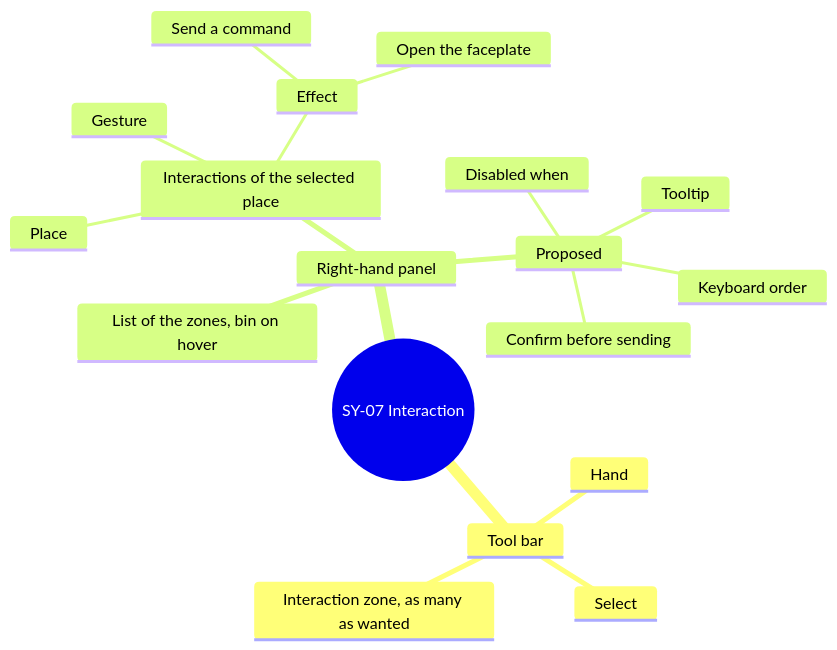
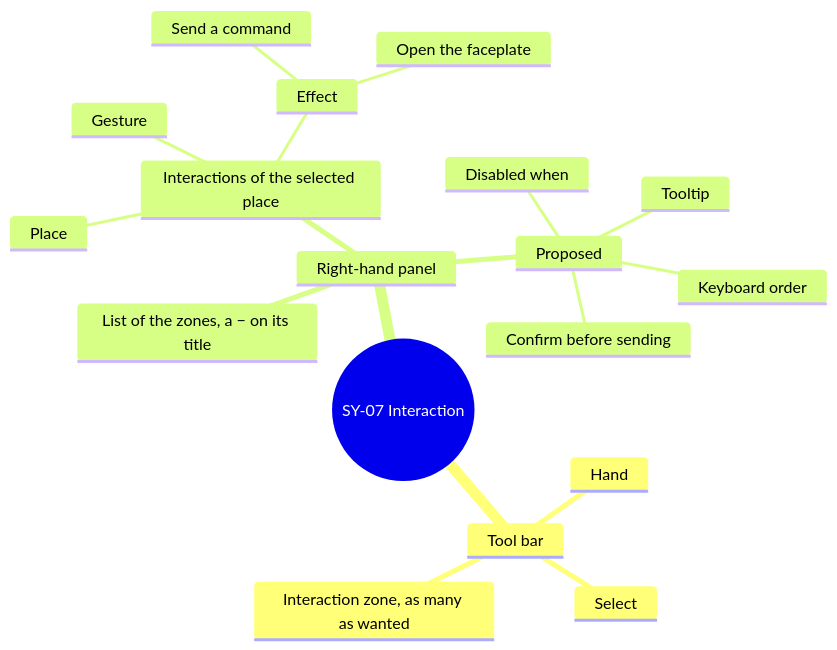
The ninth of 16 diagrams in screens/symbols.md (AlexandreGallais/synoptic-studio-spec), drawn with Mermaid before and after one commit. The commit also changed other lines of this file and 5 other files, not shown here.

````diff
--- a/screens/symbols.md
+++ b/screens/symbols.md
@@ -406,21 +409,21 @@
 ```mermaid
 mindmap
   root((SY-07 Interaction))
     Tool bar
       Select
       Hand
       Interaction zone, as many as wanted
     Right-hand panel
-      List of the zones, bin on hover
+      List of the zones, a − on its title
       Interactions of the selected place
         Place
         Gesture
         Effect
           Send a command
           Open the faceplate
       Proposed
         Disabled when
         Confirm before sending
         Tooltip
         Keyboard order
 ```
````
